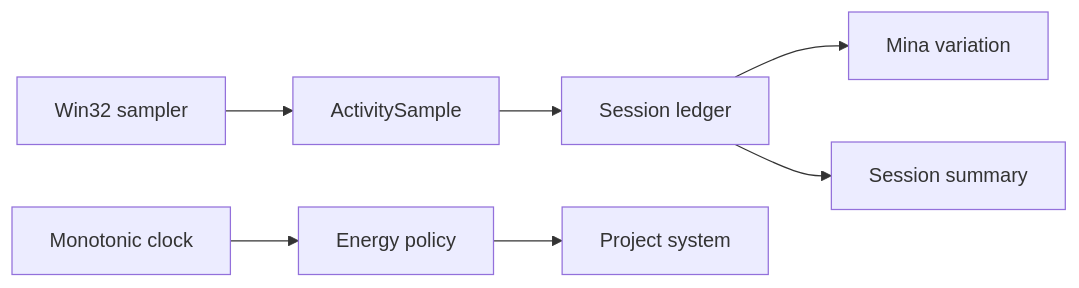
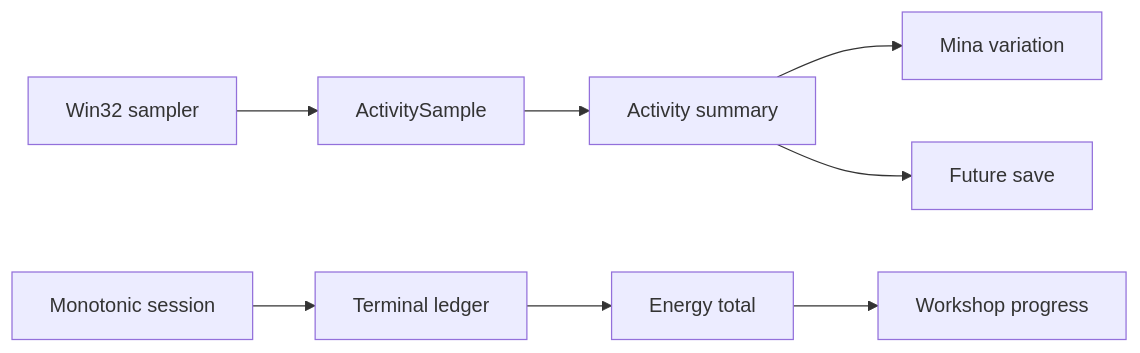
One commit to Seunghyun0606/desktown changed the second of 2 diagrams in docs/architecture/ARCHITECTURE.md. Above: the diagram before and after it, drawn with Mermaid. The commit also changed other lines of this file and 3 other files, not shown here.

````diff
--- a/docs/architecture/ARCHITECTURE.md
+++ b/docs/architecture/ARCHITECTURE.md
@@ -243,9 +244,10 @@
 ```mermaid
 flowchart LR
     API["Win32 sampler"] --> SAMPLE["ActivitySample"]
-    SAMPLE --> LEDGER["Session ledger"]
-    LEDGER --> MINA["Mina variation"]
-    LEDGER --> SAVE["Session summary"]
-    CLOCK["Monotonic clock"] --> ENERGY["Energy policy"]
-    ENERGY --> PROJECT["Project system"]
+    SAMPLE --> SUMMARY["Activity summary"]
+    SUMMARY --> MINA["Mina variation"]
+    SUMMARY --> SAVE["Future save"]
+    CLOCK["Monotonic session"] --> LEDGER["Terminal ledger"]
+    LEDGER --> ENERGY["Energy total"]
+    ENERGY --> PROJECT["Workshop progress"]
 ```
````
